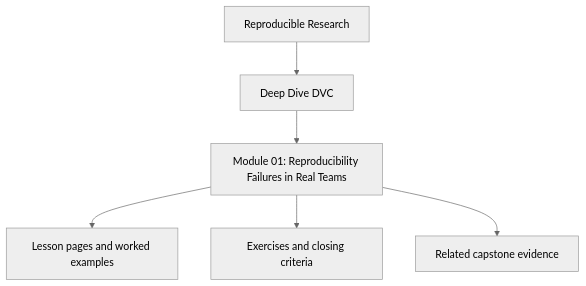
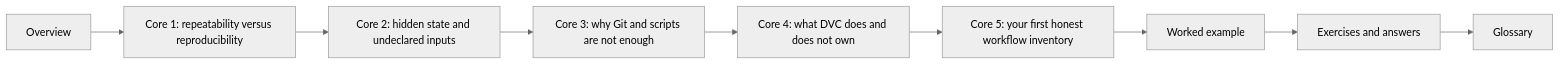
One commit to bijux/bijux-masterclass changed the diagram in programs/reproducible-research/deep-dive-dvc/course-book/module-01-reproducibility-failures-real-teams/index.md. Above: the diagram before and after it, drawn with Mermaid (neutral theme). The commit also changed other lines of this file, not shown here.

Commit message:
docs(dvc-module-01): rewrite overview as module map

````diff
--- a/programs/reproducible-research/deep-dive-dvc/course-book/module-01-reproducibility-failures-real-teams/index.md
+++ b/programs/reproducible-research/deep-dive-dvc/course-book/module-01-reproducibility-failures-real-teams/index.md
@@ -7,8 +38,11 @@
 ```mermaid
-flowchart TD
-  family["Reproducible Research"] --> program["Deep Dive DVC"]
-  program --> module["Module 01: Reproducibility Failures in Real Teams"]
-  module --> lessons["Lesson pages and worked examples"]
-  module --> checkpoints["Exercises and closing criteria"]
-  module --> capstone["Related capstone evidence"]
+flowchart LR
+  overview["Overview"] --> core1["Core 1: repeatability versus reproducibility"]
+  core1 --> core2["Core 2: hidden state and undeclared inputs"]
+  core2 --> core3["Core 3: why Git and scripts are not enough"]
+  core3 --> core4["Core 4: what DVC does and does not own"]
+  core4 --> core5["Core 5: your first honest workflow inventory"]
+  core5 --> example["Worked example"]
+  example --> practice["Exercises and answers"]
+  practice --> glossary["Glossary"]
 ```
````
